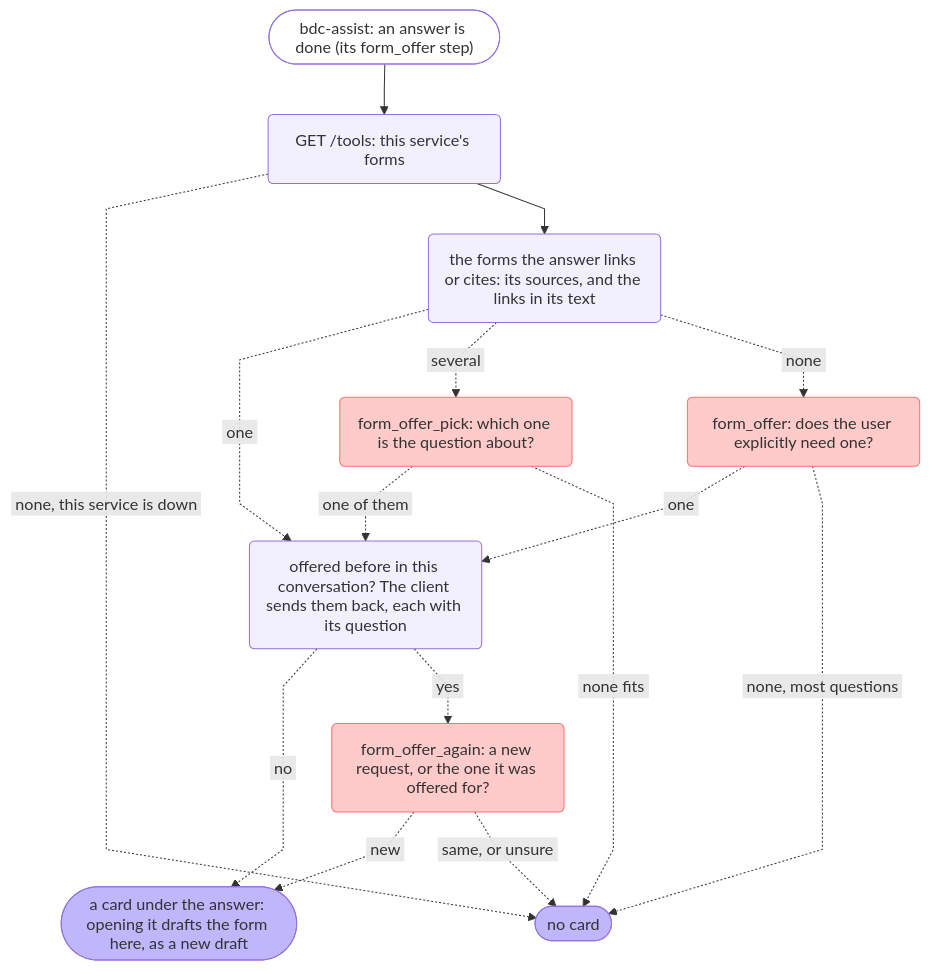
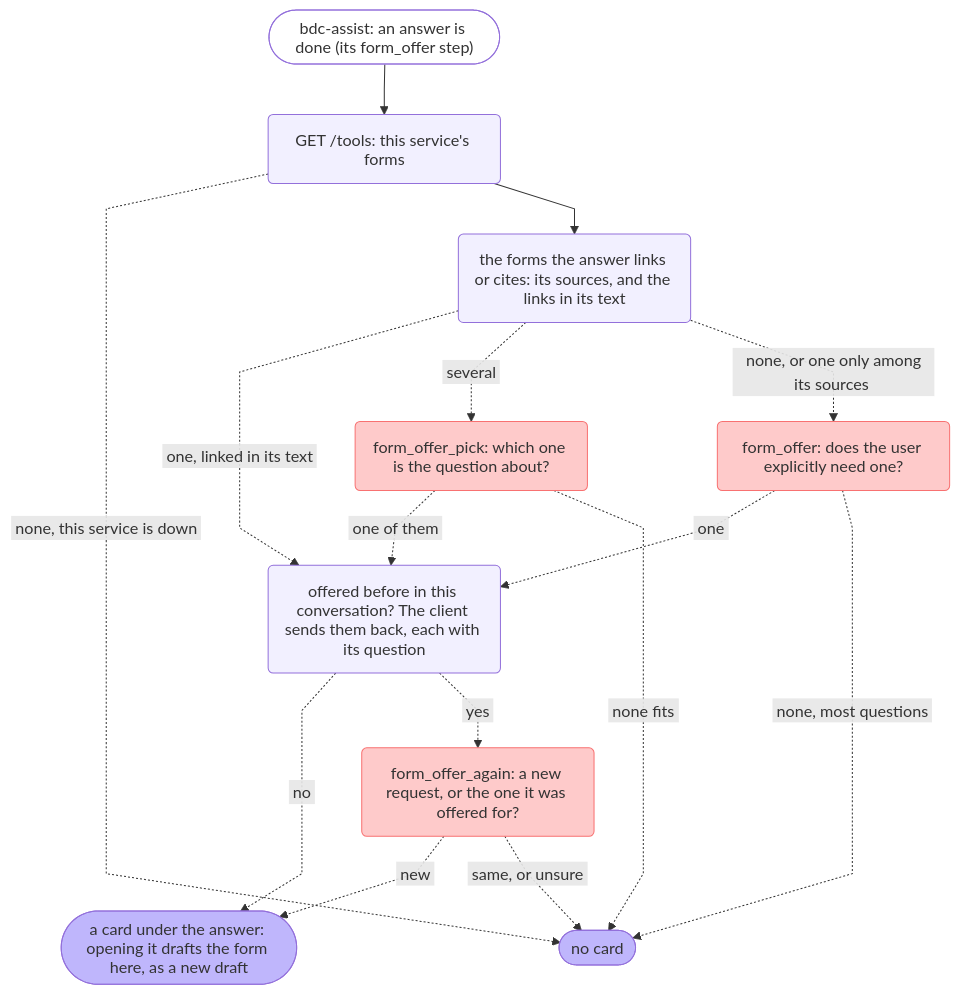
Before and after one commit to bdc-assist/bdc-side-panel: the diagram in docs/form_offer.md, drawn with Mermaid. The commit also changed 1 other file, not shown here.

Commit message:
docs: form_offer diagram, a form only among the sources goes to the LLM

````diff
--- a/docs/form_offer.md
+++ b/docs/form_offer.md
@@ -14,35 +14,35 @@
 ```mermaid
 ---
 config:
   flowchart:
     curve: linear
 ---
 graph TD;
 	start(["bdc-assist: an answer is done (its form_offer step)"]):::first
 	forms("GET /tools: this service's forms")
 	links("the forms the answer links or cites: its sources, and the links in its text")
 	pick("form_offer_pick: which one is the question about?"):::llm
 	need("form_offer: does the user explicitly need one?"):::llm
 	seen("offered before in this conversation? The client sends them back, each with its question")
 	again("form_offer_again: a new request, or the one it was offered for?"):::llm
 	card(["a card under the answer: opening it drafts the form here, as a new draft"]):::last
 	none(["no card"]):::last
 	start --> forms;
 	forms -. &nbsp;none, this service is down&nbsp; .-> none;
 	forms --> links;
-	links -. &nbsp;one&nbsp; .-> seen;
+	links -. &nbsp;one, linked in its text&nbsp; .-> seen;
 	links -. &nbsp;several&nbsp; .-> pick;
-	links -. &nbsp;none&nbsp; .-> need;
+	links -. &nbsp;none, or one only among its sources&nbsp; .-> need;
 	pick -. &nbsp;one of them&nbsp; .-> seen;
 	pick -. &nbsp;none fits&nbsp; .-> none;
 	need -. &nbsp;one&nbsp; .-> seen;
 	need -. &nbsp;none, most questions&nbsp; .-> none;
 	seen -. &nbsp;no&nbsp; .-> card;
 	seen -. &nbsp;yes&nbsp; .-> again;
 	again -. &nbsp;new&nbsp; .-> card;
 	again -. &nbsp;same, or unsure&nbsp; .-> none;
 	classDef default fill:#f2f0ff,line-height:1.2
 	classDef first fill-opacity:0
 	classDef last fill:#bfb6fc
 	classDef llm fill:#fecaca,stroke:#f87171
 ```
````
